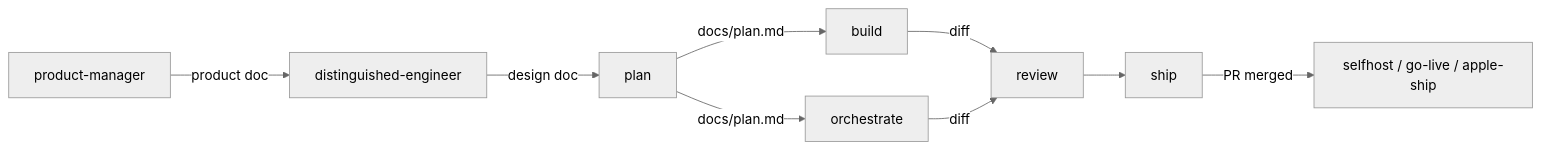
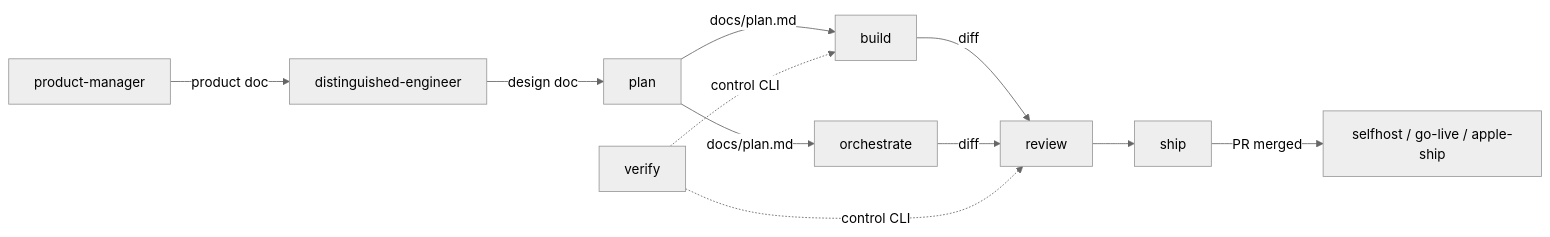
The diagram in plugins/devstack/README.md (utkinnyc/ustack), drawn with Mermaid (neutral theme) before and after one commit. The commit also changed other lines of this file and 10 other files, not shown here.

````diff
--- a/plugins/devstack/README.md
+++ b/plugins/devstack/README.md
@@ -29,11 +29,13 @@
 ```mermaid
 flowchart LR
   PM[product-manager] -->|product doc| DE[distinguished-engineer]
   DE -->|design doc| P[plan]
   P -->|docs/plan.md| B[build]
   P -->|docs/plan.md| O[orchestrate]
   B -->|diff| R[review]
   O -->|diff| R
+  V[verify] -.->|control CLI| B
+  V -.->|control CLI| R
   R --> S[ship]
   S -->|PR merged| D[selfhost / go-live / apple-ship]
 ```
````
